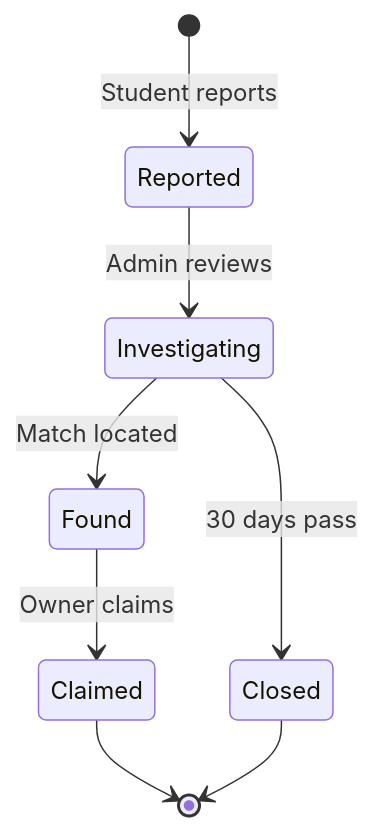
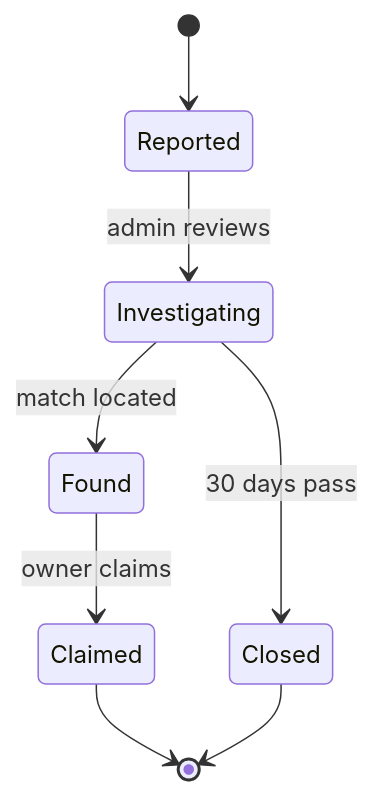
Before and after one commit to Amanda2026-crypto/smart-campus-connect: the sixth of 8 diagrams in state-transition-diagrams.md, drawn with Mermaid. The commit also changed other lines of this file, not shown here.

````diff
--- a/state-transition-diagrams.md
+++ b/state-transition-diagrams.md
@@ -130,12 +280,10 @@
 ```mermaid
-
 stateDiagram-v2
-    [*] --> Reported: Student reports
-    Reported --> Investigating: Admin reviews
-    Investigating --> Found: Match located
-    Investigating --> Closed: 30 days pass
-    Found --> Claimed: Owner claims
+    [*] --> Reported
+    Reported --> Investigating : admin reviews
+    Investigating --> Found : match located
+    Investigating --> Closed : 30 days pass
+    Found --> Claimed : owner claims
     Claimed --> [*]
     Closed --> [*]
-
 ```
````
